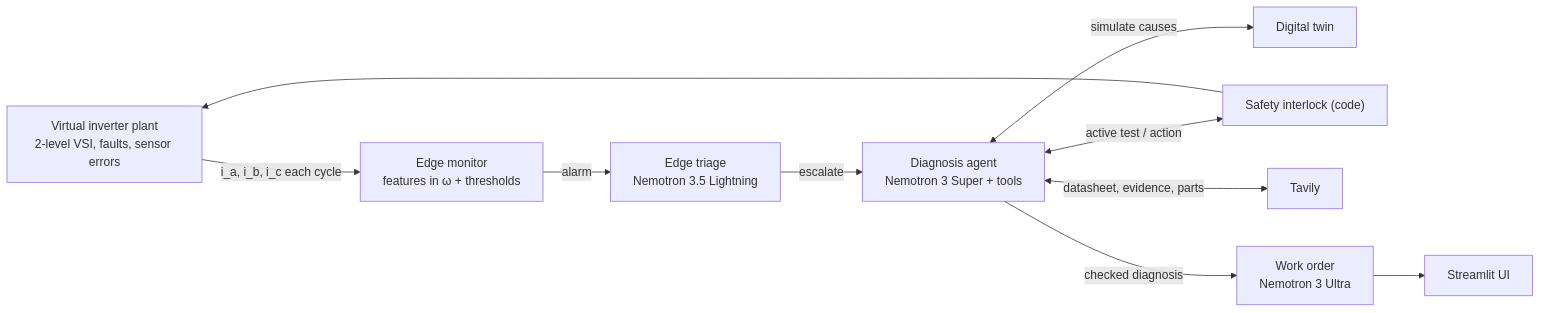
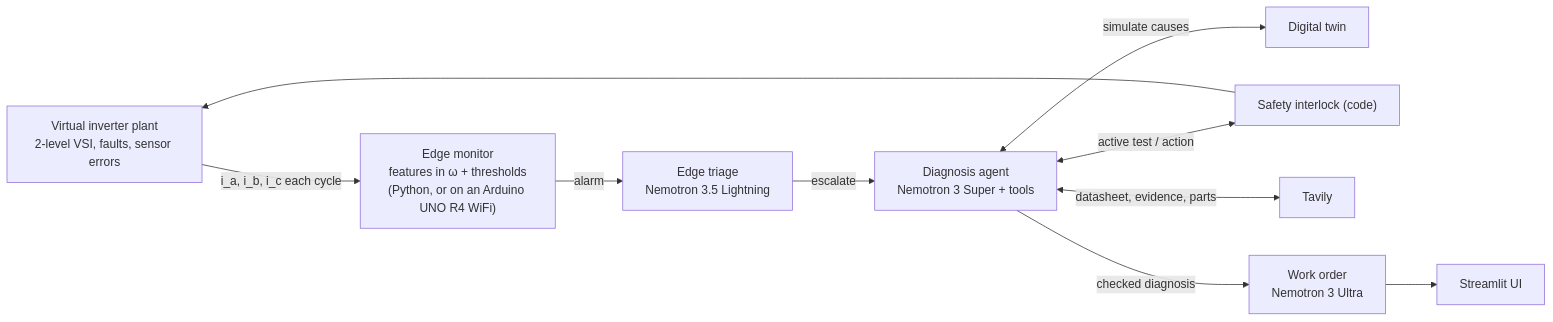
One commit to Rashed-Almasri5505/faulttwin changed the diagram in README.md. Above: the diagram before and after it, drawn with Mermaid. The commit also changed other lines of this file and 14 other files, not shown here.

First line of the commit message:
Edge node on an Arduino UNO R4 WiFi: the board runs the edge monitor and raises the alarms

````diff
--- a/README.md
+++ b/README.md
@@ -58,12 +59,12 @@
 ```mermaid
 flowchart LR
-  P["Virtual inverter plant<br/>2-level VSI, faults, sensor errors"] -->|"i_a, i_b, i_c each cycle"| M["Edge monitor<br/>features in ω + thresholds"]
+  P["Virtual inverter plant<br/>2-level VSI, faults, sensor errors"] -->|"i_a, i_b, i_c each cycle"| M["Edge monitor<br/>features in ω + thresholds<br/>(Python, or on an Arduino UNO R4 WiFi)"]
   M -->|alarm| T["Edge triage<br/>Nemotron 3.5 Lightning"]
   T -->|escalate| A["Diagnosis agent<br/>Nemotron 3 Super + tools"]
   A <-->|"simulate causes"| D["Digital twin"]
   A <-->|"active test / action"| S["Safety interlock (code)"]
   S --> P
   A <-->|"datasheet, evidence, parts"| W["Tavily"]
   A -->|"checked diagnosis"| R["Work order<br/>Nemotron 3 Ultra"]
   R --> U["Streamlit UI"]
 ```
````
